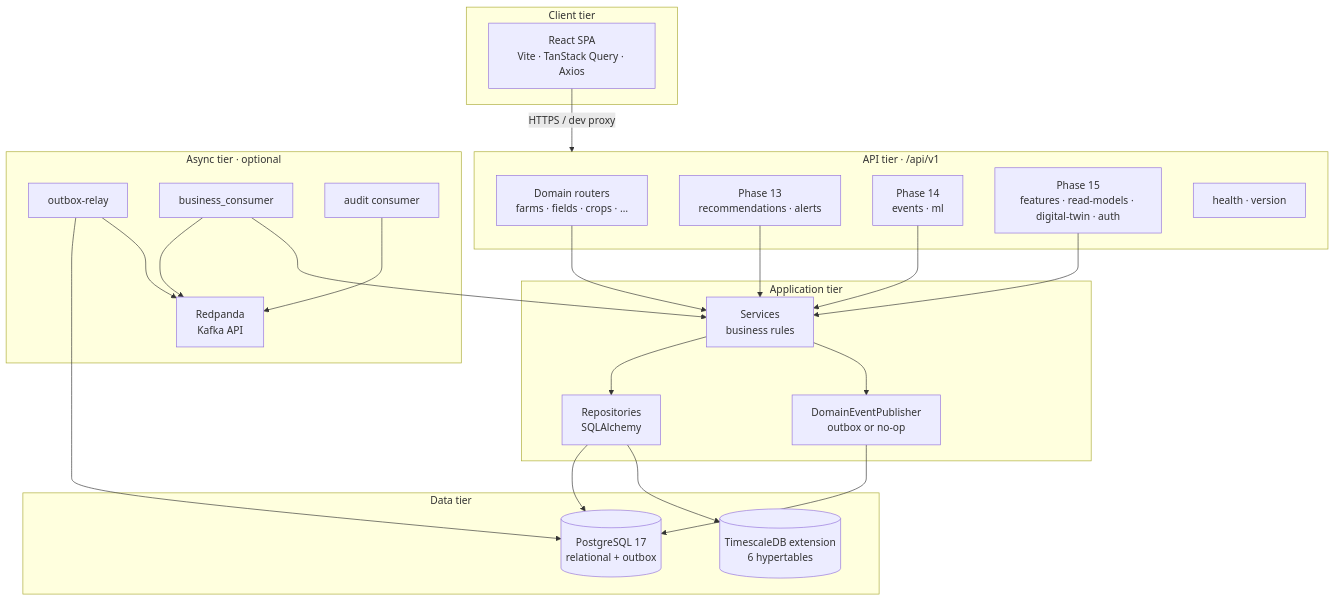
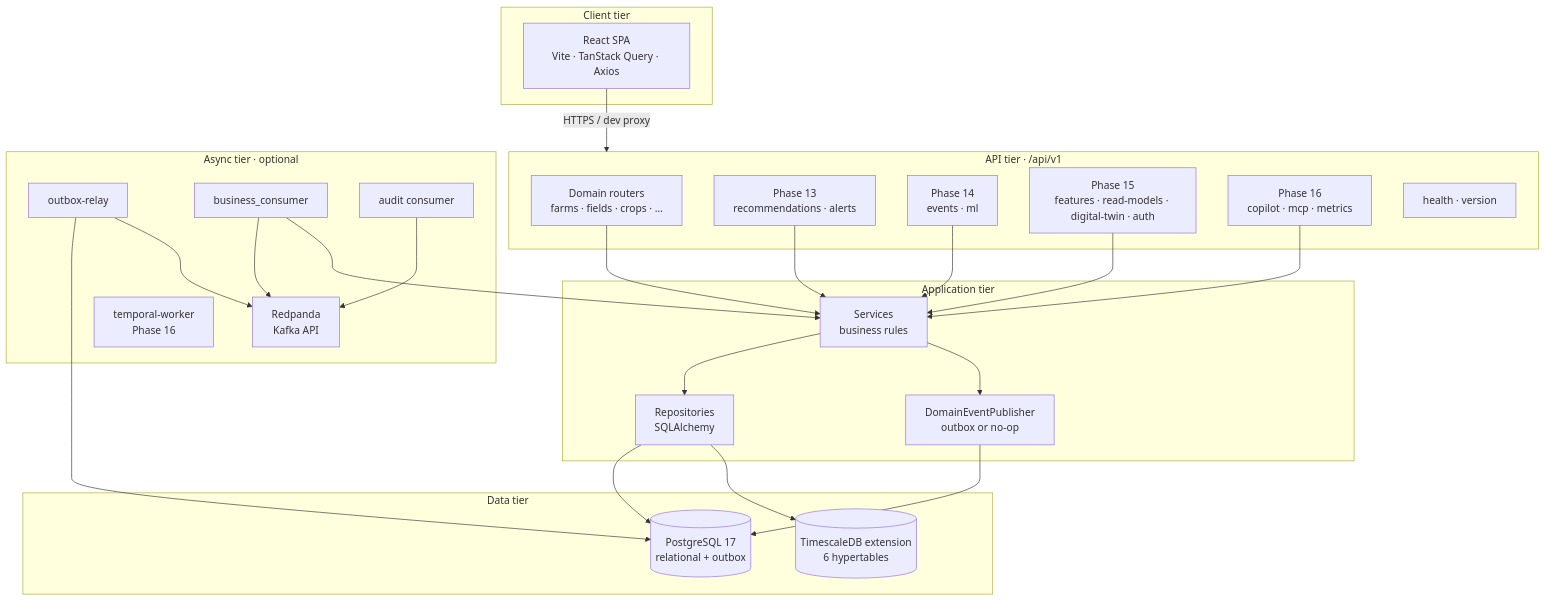
Before and after one commit to santoshnarayanan/AGRIFLOW-AI: the first of 13 diagrams in docs/reference/application-technical-flow.md, drawn with Mermaid. The commit also changed other lines of this file and 1 other file, not shown here.

Commit message:
docs: align technical-flow and architecture diagrams with Phase 16

````diff
--- a/docs/reference/application-technical-flow.md
+++ b/docs/reference/application-technical-flow.md
@@ -13,48 +13,51 @@
 ```mermaid
 flowchart TB
   subgraph Client["Client tier"]
     UI["React SPA<br/>Vite · TanStack Query · Axios"]
   end
 
   subgraph API["API tier · /api/v1"]
     R["Domain routers<br/>farms · fields · crops · …"]
     P13["Phase 13<br/>recommendations · alerts"]
     P14["Phase 14<br/>events · ml"]
     P15["Phase 15<br/>features · read-models · digital-twin · auth"]
+    P16["Phase 16<br/>copilot · mcp · metrics"]
     H["health · version"]
   end
 
   subgraph App["Application tier"]
     S["Services<br/>business rules"]
     REP["Repositories<br/>SQLAlchemy"]
     PUB["DomainEventPublisher<br/>outbox or no-op"]
   end
 
   subgraph Data["Data tier"]
     PG[("PostgreSQL 17<br/>relational + outbox")]
     TS[("TimescaleDB extension<br/>6 hypertables")]
   end
 
   subgraph Async["Async tier · optional"]
     RP["Redpanda<br/>Kafka API"]
     REL["outbox-relay"]
     BC["business_consumer"]
     AC["audit consumer"]
+    TW["temporal-worker<br/>Phase 16"]
   end
 
   UI -->|HTTPS / dev proxy| API
   R --> S
   P13 --> S
   P14 --> S
   P15 --> S
+  P16 --> S
   S --> REP
   S --> PUB
   REP --> PG
   REP --> TS
   PUB --> PG
   REL --> PG
   REL --> RP
   BC --> RP
   BC --> S
   AC --> RP
 ```
````
